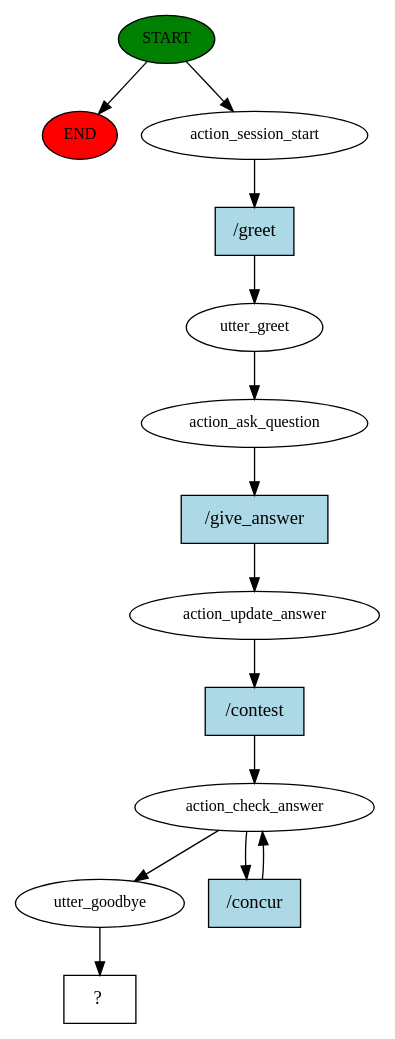
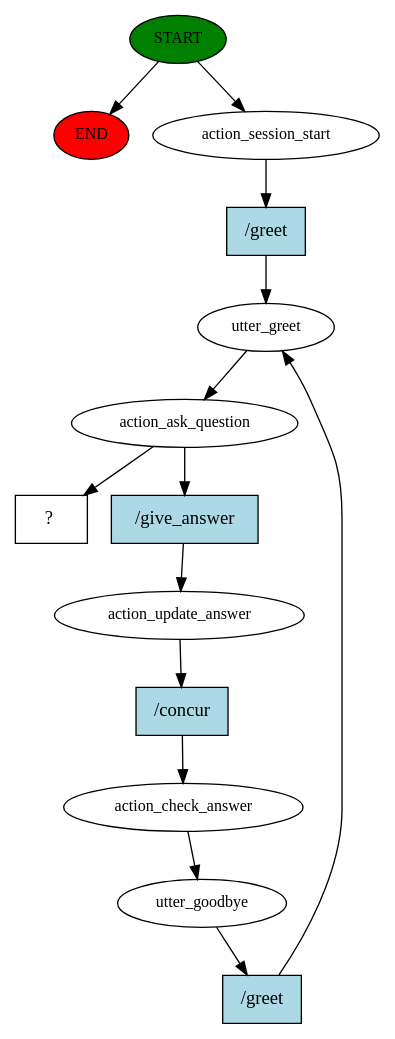
One commit to ddenley/Multi-Person-Quiz changed the diagram in nlu_test/story_graph.dot. Above: the diagram before and after it, drawn with Graphviz. The commit also changed 167 other files, not shown here.

```diff
--- a/nlu_test/story_graph.dot
+++ b/nlu_test/story_graph.dot
@@ -1,28 +1,28 @@
 digraph  {
 0 [class="start active", fillcolor=green, fontsize=12, label=START, style=filled];
 "-1" [class=end, fillcolor=red, fontsize=12, label=END, style=filled];
 1 [class=active, fontsize=12, label=action_session_start];
 2 [class=active, fontsize=12, label=utter_greet];
 3 [class=active, fontsize=12, label=action_ask_question];
 4 [class=active, fontsize=12, label=action_update_answer];
 5 [class=active, fontsize=12, label=action_check_answer];
-7 [class=active, fontsize=12, label=utter_goodbye];
-8 [class="intent dashed active", label="  ?  ", shape=rect];
-9 [class="intent active", fillcolor=lightblue, label="/greet", shape=rect, style=filled];
-10 [class="intent active", fillcolor=lightblue, label="/give_answer", shape=rect, style=filled];
-11 [class="intent active", fillcolor=lightblue, label="/contest", shape=rect, style=filled];
+6 [class=active, fontsize=12, label=utter_goodbye];
+9 [class="intent dashed active", label="  ?  ", shape=rect];
+10 [class="intent active", fillcolor=lightblue, label="/greet", shape=rect, style=filled];
+11 [class="intent active", fillcolor=lightblue, label="/give_answer", shape=rect, style=filled];
 12 [class="intent active", fillcolor=lightblue, label="/concur", shape=rect, style=filled];
+13 [class="intent active", fillcolor=lightblue, label="/greet", shape=rect, style=filled];
 0 -> "-1"  [class="", key=NONE, label=""];
 0 -> 1  [class=active, key=NONE, label=""];
-1 -> 9  [class=active, key=0];
+1 -> 10  [class=active, key=0];
 2 -> 3  [class=active, key=NONE, label=""];
-3 -> 10  [class=active, key=0];
-4 -> 11  [class=active, key=0];
-5 -> 7  [class=active, key=NONE, label=""];
-5 -> 12  [class=active, key=0];
-7 -> 8  [class=active, key=NONE, label=""];
-9 -> 2  [class=active, key=0];
-10 -> 4  [class=active, key=0];
-11 -> 5  [class=active, key=0];
+3 -> 9  [class=active, key=NONE, label=""];
+3 -> 11  [class=active, key=0];
+4 -> 12  [class=active, key=0];
+5 -> 6  [class=active, key=NONE, label=""];
+6 -> 13  [class=active, key=0];
+10 -> 2  [class=active, key=0];
+11 -> 4  [class=active, key=0];
 12 -> 5  [class=active, key=0];
+13 -> 2  [class=active, key=0];
 }
```
